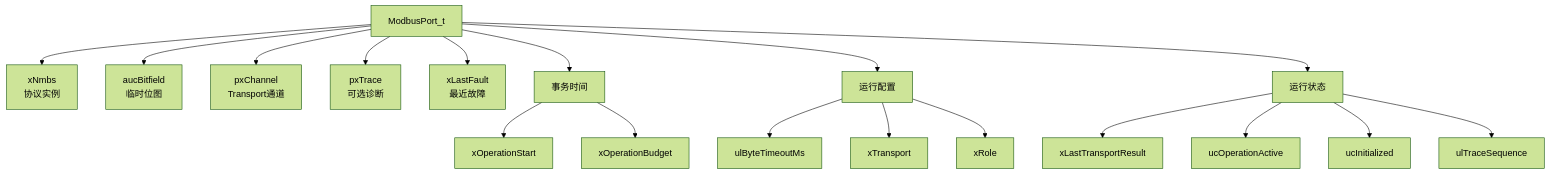
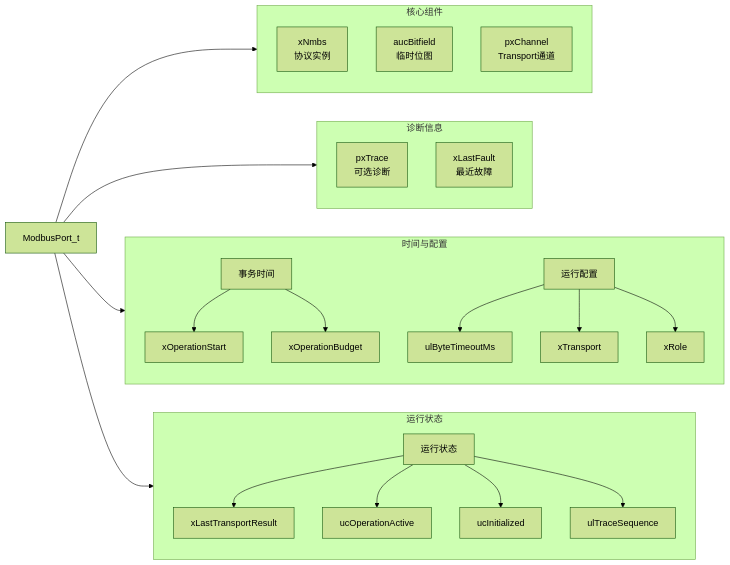
Before and after one commit to Mortal-ever/Project_Base_git: the fourth of 13 diagrams in 资料文档/03_技术实现核心文档/02_源码解读/源码解构/Modbus_port知识图谱.md, drawn with Mermaid (forest theme). The commit also changed other lines of this file and 61 other files, not shown here.

````diff
--- a/资料文档/03_技术实现核心文档/02_源码解读/源码解构/Modbus_port知识图谱.md
+++ b/资料文档/03_技术实现核心文档/02_源码解读/源码解构/Modbus_port知识图谱.md
@@ -374,26 +362,52 @@
 ```mermaid
-flowchart TB
-
+flowchart LR
     MP["ModbusPort_t"]
-
-    MP --> NM["xNmbs<br/>协议实例"]
-    MP --> SCRATCH["aucBitfield<br/>临时位图"]
-    MP --> CHANNEL["pxChannel<br/>Transport通道"]
-    MP --> TRACE["pxTrace<br/>可选诊断"]
-    MP --> FAULT["xLastFault<br/>最近故障"]
-
-    MP --> DEADLINE["事务时间"]
-    DEADLINE --> START[xOperationStart]
-    DEADLINE --> BUDGET[xOperationBudget]
-
-    MP --> CFG["运行配置"]
-    CFG --> BYTE[ulByteTimeoutMs]
-    CFG --> TYPE[xTransport]
-    CFG --> ROLE[xRole]
-
-    MP --> STATE["运行状态"]
-    STATE --> LT[xLastTransportResult]
-    STATE --> ACTIVE[ucOperationActive]
-    STATE --> INIT[ucInitialized]
-    STATE --> SEQ[ulTraceSequence]
+    
+    subgraph G1["核心组件"]
+        direction TB
+        NM["xNmbs<br/>协议实例"]
+        SCRATCH["aucBitfield<br/>临时位图"]
+        CHANNEL["pxChannel<br/>Transport通道"]
+    end
+    
+    subgraph G2["诊断信息"]
+        direction TB
+        TRACE["pxTrace<br/>可选诊断"]
+        FAULT["xLastFault<br/>最近故障"]
+    end
+    
+    subgraph G3["时间与配置"]
+        direction TB
+        DEADLINE["事务时间"]
+        START[xOperationStart]
+        BUDGET[xOperationBudget]
+        CFG["运行配置"]
+        BYTE[ulByteTimeoutMs]
+        TYPE[xTransport]
+        ROLE[xRole]
+    end
+    
+    subgraph G4["运行状态"]
+        direction TB
+        STATE["运行状态"]
+        LT[xLastTransportResult]
+        ACTIVE[ucOperationActive]
+        INIT[ucInitialized]
+        SEQ[ulTraceSequence]
+    end
+    
+    MP --> G1
+    MP --> G2
+    MP --> G3
+    MP --> G4
+    
+    DEADLINE --> START
+    DEADLINE --> BUDGET
+    CFG --> BYTE
+    CFG --> TYPE
+    CFG --> ROLE
+    STATE --> LT
+    STATE --> ACTIVE
+    STATE --> INIT
+    STATE --> SEQ
 ```
````
